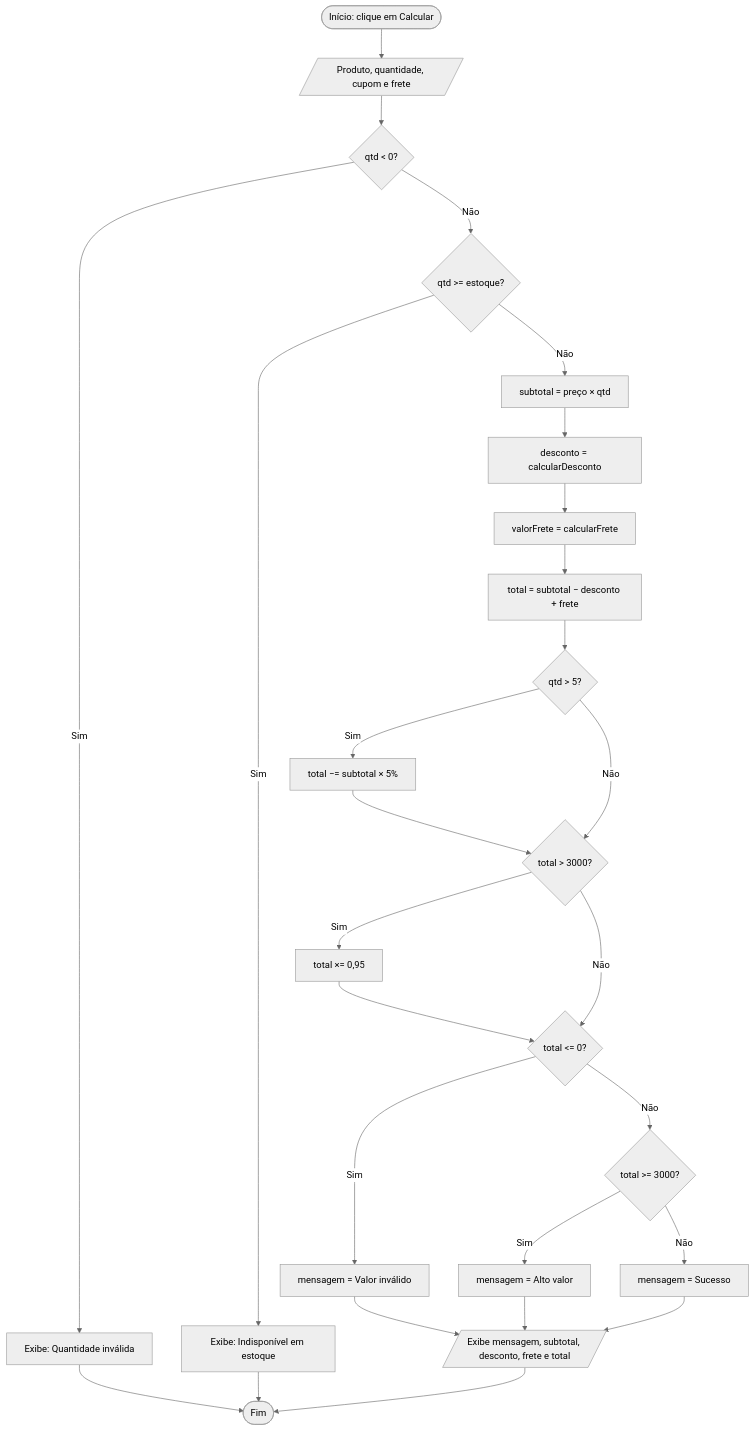
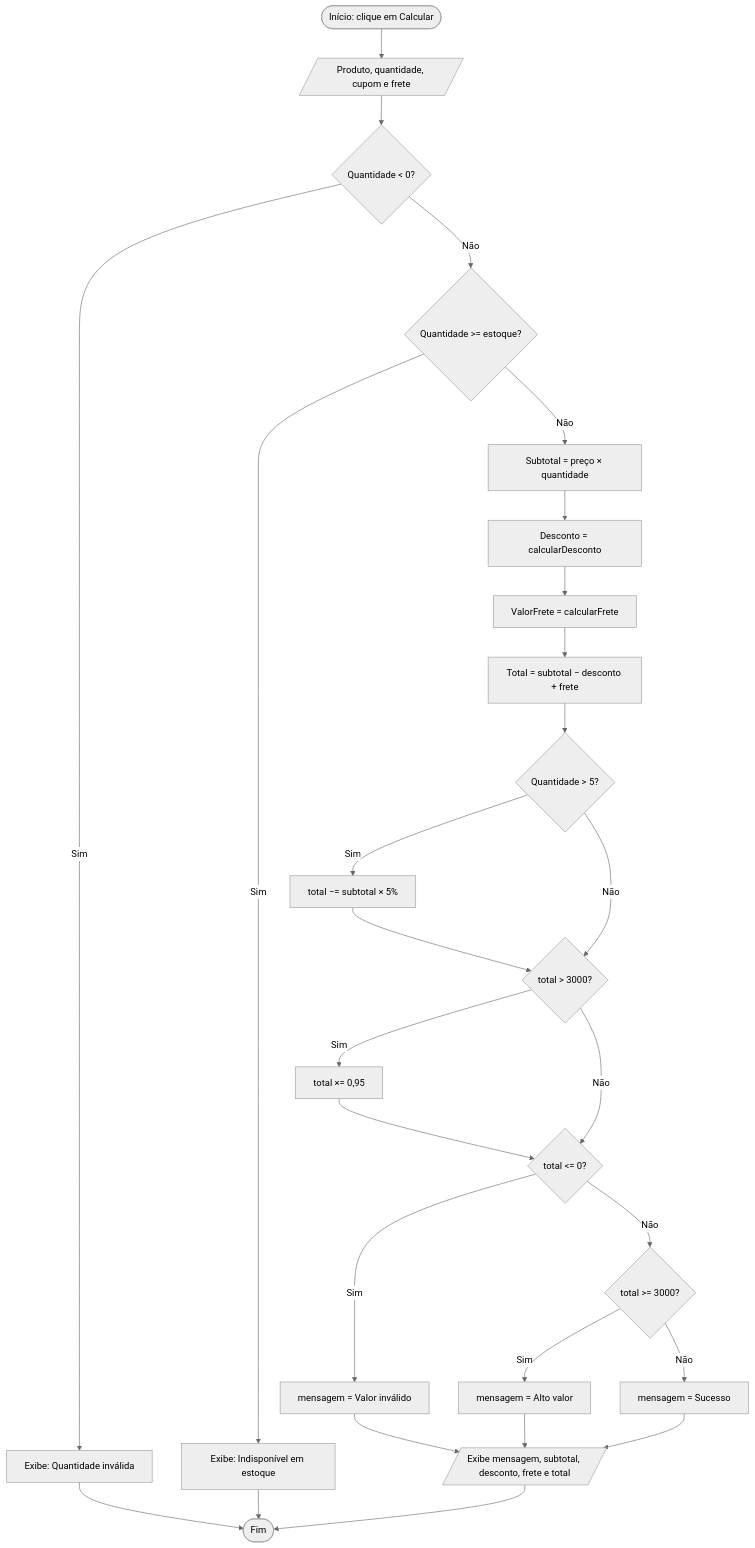
The first of 7 diagrams in Readme.md (MatheusGuilherme25088/Testes_01), drawn with Mermaid (neutral theme) before and after one commit. The commit also changed other lines of this file, not shown here.

````diff
--- a/Readme.md
+++ b/Readme.md
@@ -63,22 +64,22 @@
 ```mermaid
 flowchart TD
     A([Início: clique em Calcular]) --> B[/Produto, quantidade, cupom e frete/]
-    B --> C{qtd < 0?}
+    B --> C{Quantidade < 0?}
     C -- Sim --> C1[Exibe: Quantidade inválida] --> Z
-    C -- Não --> D{qtd >= estoque?}
+    C -- Não --> D{Quantidade >= estoque?}
     D -- Sim --> D1[Exibe: Indisponível em estoque] --> Z
-    D -- Não --> E[subtotal = preço × qtd]
-    E --> F[desconto = calcularDesconto]
-    F --> G[valorFrete = calcularFrete]
-    G --> H[total = subtotal − desconto + frete]
-    H --> I{qtd > 5?}
+    D -- Não --> E[Subtotal = preço × quantidade]
+    E --> F[Desconto = calcularDesconto]
+    F --> G[ValorFrete = calcularFrete]
+    G --> H[Total = subtotal − desconto + frete]
+    H --> I{Quantidade > 5?}
     I -- Sim --> I1[total −= subtotal × 5%] --> J
     I -- Não --> J{total > 3000?}
     J -- Sim --> J1[total ×= 0,95] --> K
     J -- Não --> K{total <= 0?}
     K -- Sim --> K1[mensagem = Valor inválido] --> M
     K -- Não --> L{total >= 3000?}
     L -- Sim --> L1[mensagem = Alto valor] --> M
     L -- Não --> L2[mensagem = Sucesso] --> M
     M[/Exibe mensagem, subtotal, desconto, frete e total/] --> Z([Fim])
 ```
````
